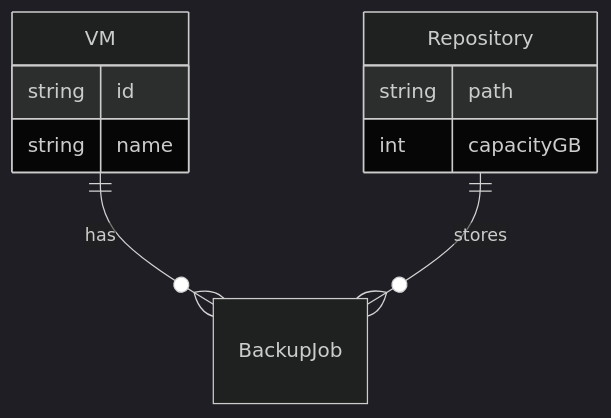
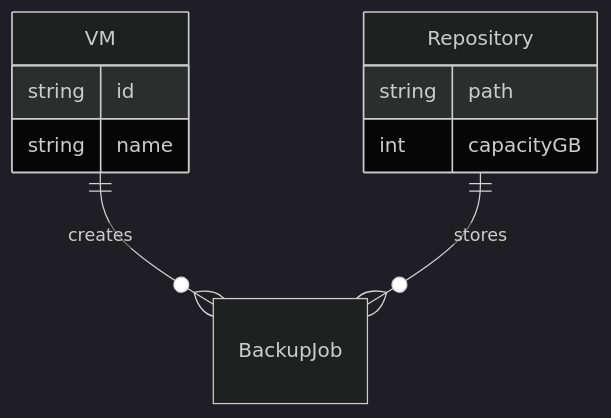
One commit to LieutenantJimmy/M143_PE24c_Homelab_Backup_Concept changed the fifth of 9 diagrams in 01-Concept/backup_concept.md. Above: the diagram before and after it, drawn with Mermaid (dark theme). The commit also changed other lines of this file, not shown here.

````diff
--- a/01-Concept/backup_concept.md
+++ b/01-Concept/backup_concept.md
@@ -56,13 +62,13 @@
 ```mermaid
 erDiagram
-  VM ||--o{ BackupJob : has
+  VM ||--o{ BackupJob : creates
   Repository ||--o{ BackupJob : stores
   VM {
     string id
     string name
   }
   Repository {
     string path
     int capacityGB
   }
 ```
````
